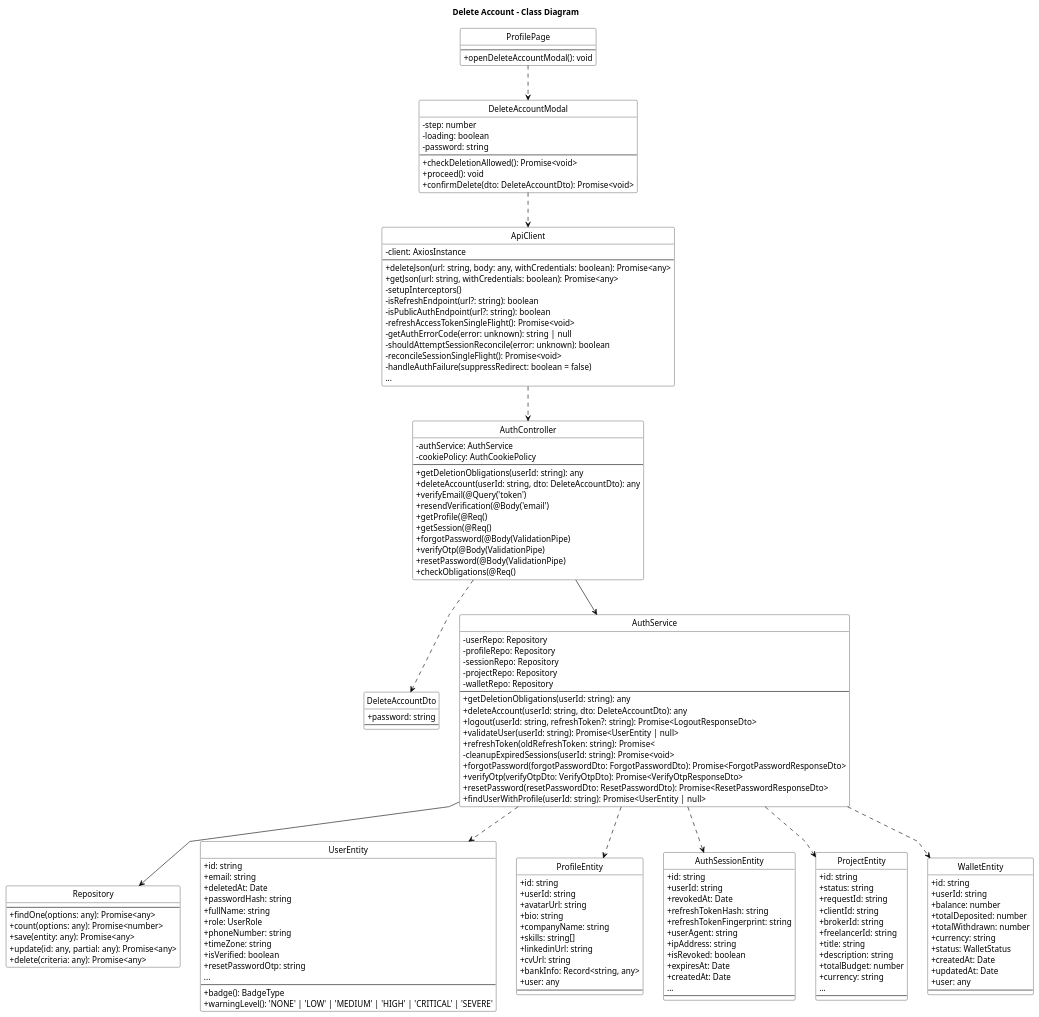
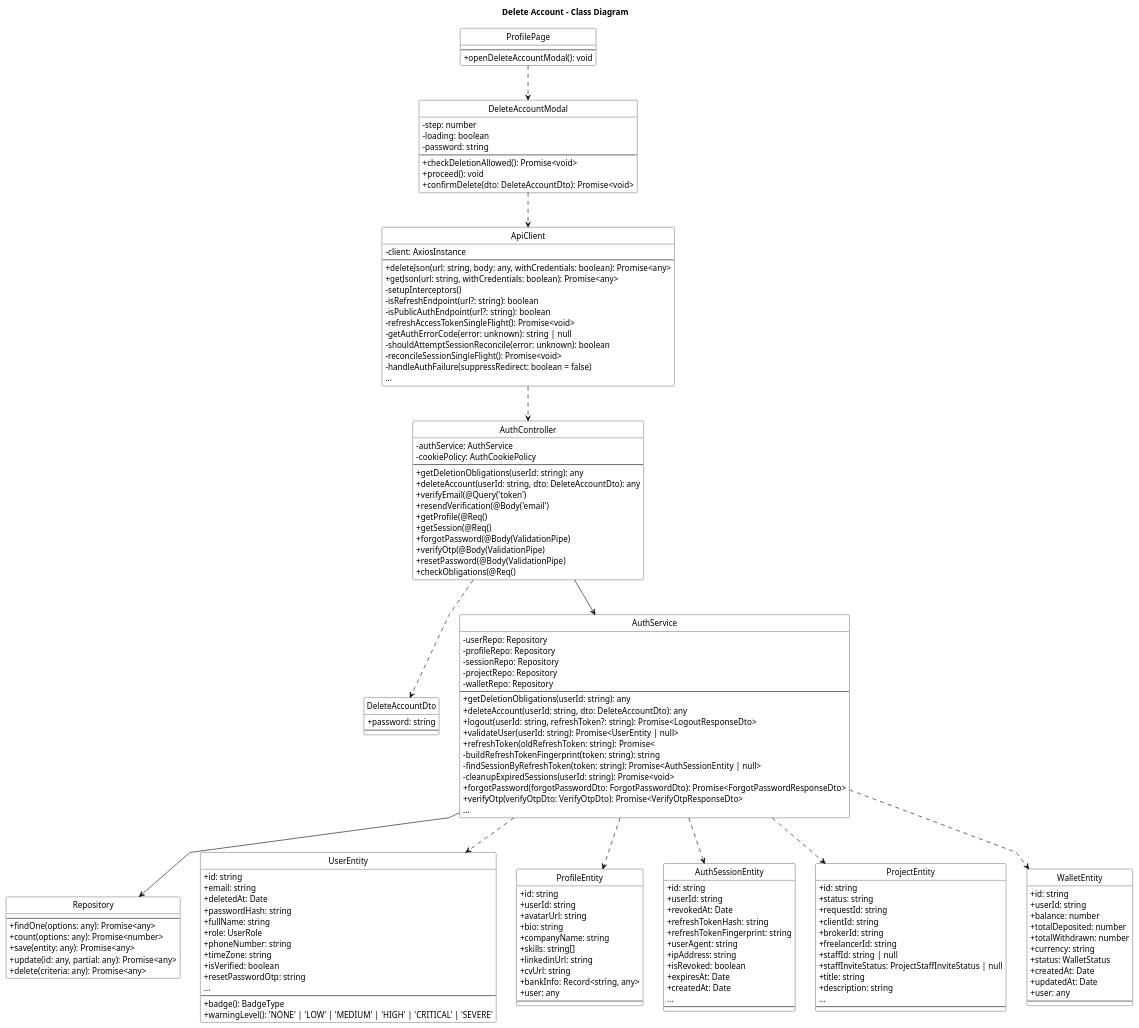
Before and after one commit to bangdcce/SEP492-Project: the diagram in diagram/class_diagrams/delete_account_class_diagram_compact.puml, drawn with PlantUML. The commit also changed 40 other files, not shown here.

```diff
--- a/diagram/class_diagrams/delete_account_class_diagram_compact.puml
+++ b/diagram/class_diagrams/delete_account_class_diagram_compact.puml
@@ -1,185 +1,186 @@
 @startuml Delete_Account_Class_Diagram
 title Delete Account - Class Diagram
 skinparam backgroundColor white
 skinparam monochrome true
 skinparam defaultFontColor black
 skinparam ArrowColor black
 skinparam classBorderColor black
 skinparam classFontColor black
 skinparam classBackgroundColor white
 skinparam stereotypeFontColor black
 skinparam linetype polyline
 skinparam classAttributeIconSize 0
 hide circle
 
 skinparam classHeaderBackgroundColor white
 skinparam classHeaderFontColor black
 
 class DeleteAccountDto {
     + password: string
     --
 }
 
 class ApiClient {
     - client: AxiosInstance
     --
     + deleteJson(url: string, body: any, withCredentials: boolean): Promise<any>
     + getJson(url: string, withCredentials: boolean): Promise<any>
     - setupInterceptors()
     - isRefreshEndpoint(url?: string): boolean
     - isPublicAuthEndpoint(url?: string): boolean
     - refreshAccessTokenSingleFlight(): Promise<void>
     - getAuthErrorCode(error: unknown): string | null
     - shouldAttemptSessionReconcile(error: unknown): boolean
     - reconcileSessionSingleFlight(): Promise<void>
     - handleAuthFailure(suppressRedirect: boolean = false)
     ...
 }
 
 class ProfilePage {
     --
     + openDeleteAccountModal(): void
 }
 
 class DeleteAccountModal {
     - step: number
     - loading: boolean
     - password: string
     --
     + checkDeletionAllowed(): Promise<void>
     + proceed(): void
     + confirmDelete(dto: DeleteAccountDto): Promise<void>
 }
 
 class AuthController {
     - authService: AuthService
     - cookiePolicy: AuthCookiePolicy
     --
     + getDeletionObligations(userId: string): any
     + deleteAccount(userId: string, dto: DeleteAccountDto): any
     + verifyEmail(@Query('token')
     + resendVerification(@Body('email')
     + getProfile(@Req()
     + getSession(@Req()
     + forgotPassword(@Body(ValidationPipe)
     + verifyOtp(@Body(ValidationPipe)
     + resetPassword(@Body(ValidationPipe)
     + checkObligations(@Req()
 }
 
 class AuthService {
     - userRepo: Repository
     - profileRepo: Repository
     - sessionRepo: Repository
     - projectRepo: Repository
     - walletRepo: Repository
     --
     + getDeletionObligations(userId: string): any
     + deleteAccount(userId: string, dto: DeleteAccountDto): any
     + logout(userId: string, refreshToken?: string): Promise<LogoutResponseDto>
     + validateUser(userId: string): Promise<UserEntity | null>
     + refreshToken(oldRefreshToken: string): Promise<
+    - buildRefreshTokenFingerprint(token: string): string
+    - findSessionByRefreshToken(token: string): Promise<AuthSessionEntity | null>
     - cleanupExpiredSessions(userId: string): Promise<void>
     + forgotPassword(forgotPasswordDto: ForgotPasswordDto): Promise<ForgotPasswordResponseDto>
     + verifyOtp(verifyOtpDto: VerifyOtpDto): Promise<VerifyOtpResponseDto>
-    + resetPassword(resetPasswordDto: ResetPasswordDto): Promise<ResetPasswordResponseDto>
-    + findUserWithProfile(userId: string): Promise<UserEntity | null>
+    ...
 }
 
 class Repository {
     --
     + findOne(options: any): Promise<any>
     + count(options: any): Promise<number>
     + save(entity: any): Promise<any>
     + update(id: any, partial: any): Promise<any>
     + delete(criteria: any): Promise<any>
 }
 
 class UserEntity {
     + id: string
     + email: string
     + deletedAt: Date
     + passwordHash: string
     + fullName: string
     + role: UserRole
     + phoneNumber: string
     + timeZone: string
     + isVerified: boolean
     + resetPasswordOtp: string
     ...
     --
     + badge(): BadgeType
     + warningLevel(): 'NONE' | 'LOW' | 'MEDIUM' | 'HIGH' | 'CRITICAL' | 'SEVERE'
 }
 
 class ProfileEntity {
     + id: string
     + userId: string
     + avatarUrl: string
     + bio: string
     + companyName: string
     + skills: string[]
     + linkedinUrl: string
     + cvUrl: string
     + bankInfo: Record<string, any>
     + user: any
     --
 }
 
 class AuthSessionEntity {
     + id: string
     + userId: string
     + revokedAt: Date
     + refreshTokenHash: string
     + refreshTokenFingerprint: string
     + userAgent: string
     + ipAddress: string
     + isRevoked: boolean
     + expiresAt: Date
     + createdAt: Date
     ...
     --
 }
 
 class ProjectEntity {
     + id: string
     + status: string
     + requestId: string
     + clientId: string
     + brokerId: string
     + freelancerId: string
+    + staffId: string | null
+    + staffInviteStatus: ProjectStaffInviteStatus | null
     + title: string
     + description: string
-    + totalBudget: number
-    + currency: string
     ...
     --
 }
 
 class WalletEntity {
     + id: string
     + userId: string
     + balance: number
     + totalDeposited: number
     + totalWithdrawn: number
     + currency: string
     + status: WalletStatus
     + createdAt: Date
     + updatedAt: Date
     + user: any
     --
 }
 
 ProfilePage ..> DeleteAccountModal
 DeleteAccountModal ..> ApiClient
 ApiClient ..> AuthController
 AuthController --> AuthService
 AuthController ..> DeleteAccountDto
 AuthService --> Repository
 AuthService ..> UserEntity
 AuthService ..> ProfileEntity
 AuthService ..> AuthSessionEntity
 AuthService ..> ProjectEntity
 AuthService ..> WalletEntity
 
 @enduml
```
